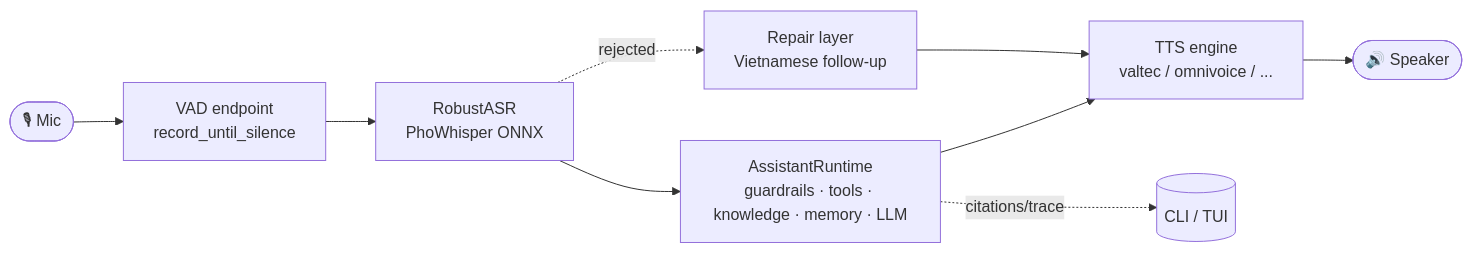
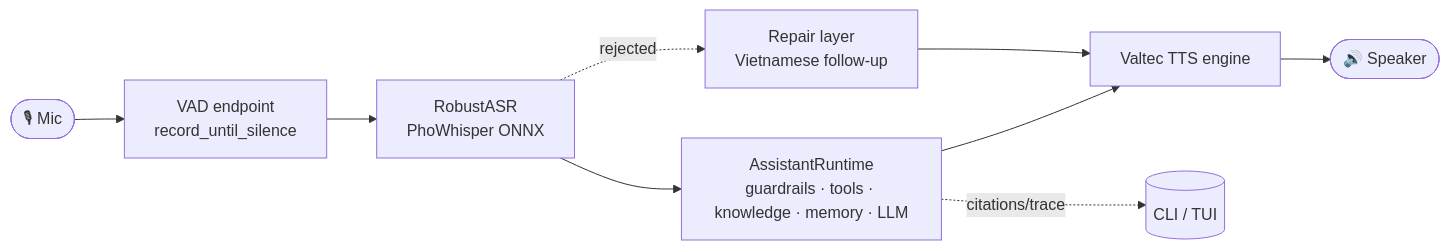
Before and after one commit to finalflash159/soca: the diagram in docs/README.md, drawn with Mermaid. The commit also changed 58 other files, not shown here.

````diff
--- a/docs/README.md
+++ b/docs/README.md
@@ -28,11 +28,11 @@
 ```mermaid
 flowchart LR
     Mic([🎙 Mic]) --> EP[VAD endpoint<br/>record_until_silence]
     EP --> ASR[RobustASR<br/>PhoWhisper ONNX]
     ASR --> RT[AssistantRuntime<br/>guardrails · tools · knowledge · memory · LLM]
-    RT --> TTS[TTS engine<br/>valtec / omnivoice / ...]
+    RT --> TTS[Valtec TTS engine]
     TTS --> Spk([🔊 Speaker])
     RT -. citations/trace .-> UI[(CLI / TUI)]
     ASR -. rejected .-> REP[Repair layer<br/>Vietnamese follow-up]
     REP --> TTS
 ```
````
